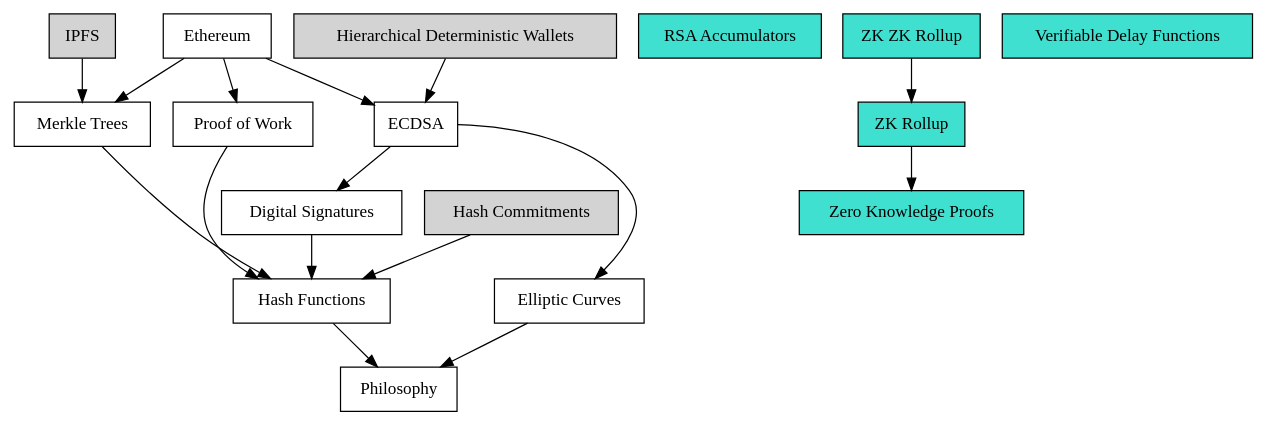
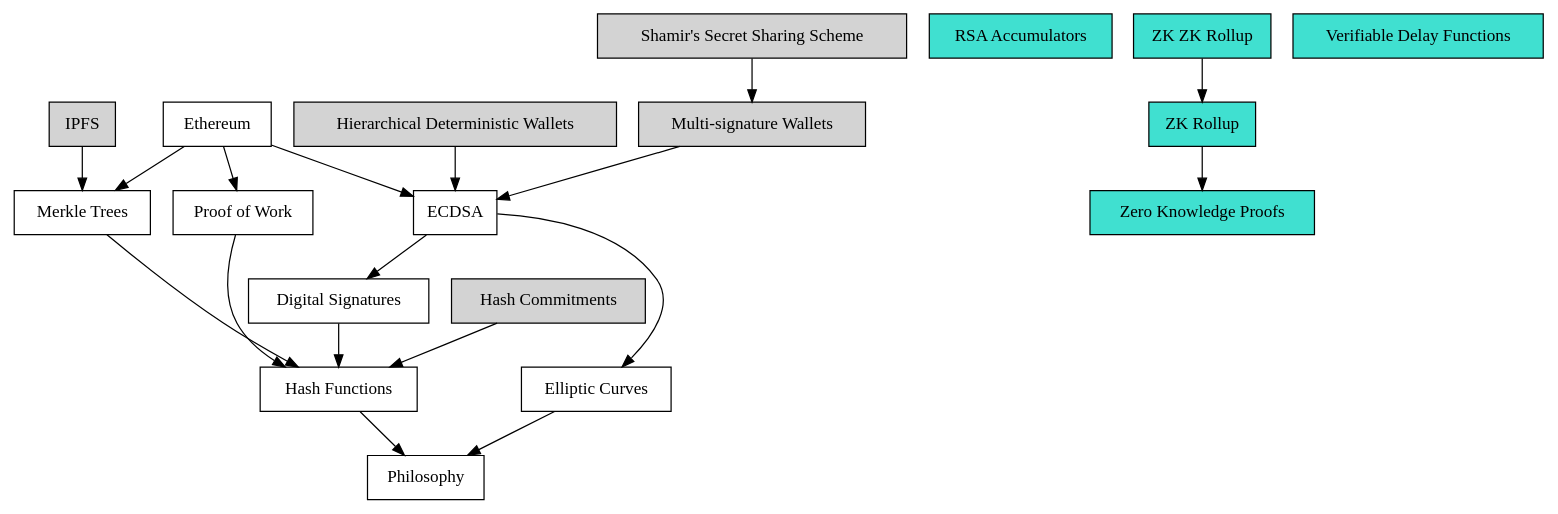
Before and after one commit to OpenZeppelin/research-cryptography: the diagram in concept_map.dot, drawn with Graphviz. The commit also changed 1 other file, not shown here.

Commit message:
Add MultiSig and SecretSharing to concept map

```diff
--- a/concept_map.dot
+++ b/concept_map.dot
@@ -1,47 +1,51 @@
 // NOTE: Recreate the graph whenever you edit this file:
 // dot -Tjpg concept_map.dot -o concept_map.jpg (requires graphviz to be installed)
 
 digraph {
     node[shape=box];
 
     // Core
     Philosophy;
     HashFunctions[label="Hash Functions"];
     MerkleTrees[label="Merkle Trees"];
     DigitalSignatures[label="Digital Signatures"];
     EllipticCurves[label="Elliptic Curves"];
     ECDSA;
     ProofOfWork[label="Proof of Work"];
     Ethereum;
 
     // Optional
     node[style=filled];
     HDWallets[label="Hierarchical Deterministic Wallets"];
     IPFS;
     HashCommitments[label="Hash Commitments"];
+    MultiSig[label="Multi-signature Wallets"];
+    SecretSharing[label="Shamir's Secret Sharing Scheme"];
 
     // Unsorted ( understanding these better would let us identify the prerequisites )
     node[fillcolor=turquoise];
     RSAAccumulators[label="RSA Accumulators"];
     ZKP[label="Zero Knowledge Proofs"];
     ZKRollup[label="ZK Rollup"];
     ZKZKRollup[label="ZK ZK Rollup"];
     VDF[label="Verifiable Delay Functions"];
 
     // Prerequisites
     HashFunctions -> Philosophy;
     MerkleTrees -> HashFunctions;
     DigitalSignatures -> HashFunctions;
     ProofOfWork -> HashFunctions;
     EllipticCurves -> Philosophy;
     ECDSA -> EllipticCurves;
     ECDSA -> DigitalSignatures;
     Ethereum -> ECDSA;
     Ethereum -> MerkleTrees;
     Ethereum -> ProofOfWork;
+    MultiSig -> ECDSA;
+    SecretSharing -> MultiSig;
     HashCommitments -> HashFunctions;
     IPFS -> MerkleTrees;
     HDWallets -> ECDSA;
     ZKRollup -> ZKP;
     ZKZKRollup -> ZKRollup;
 }
```
